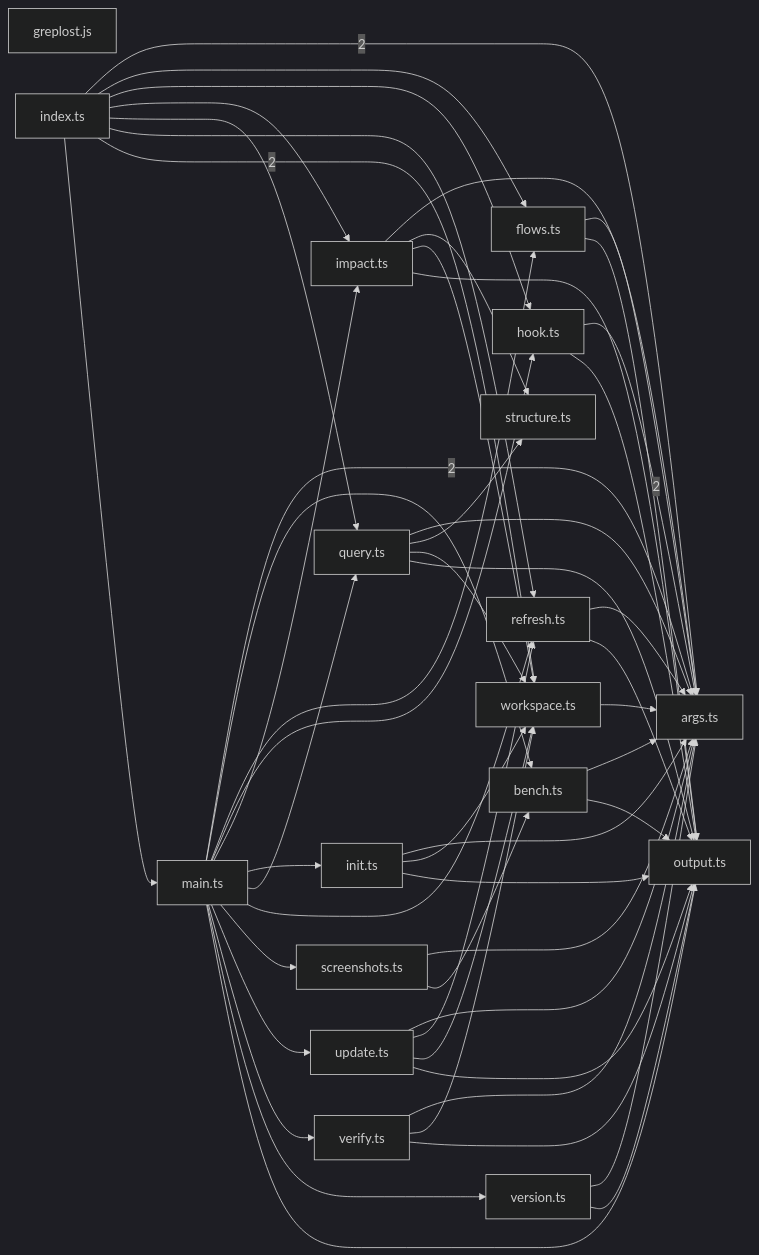
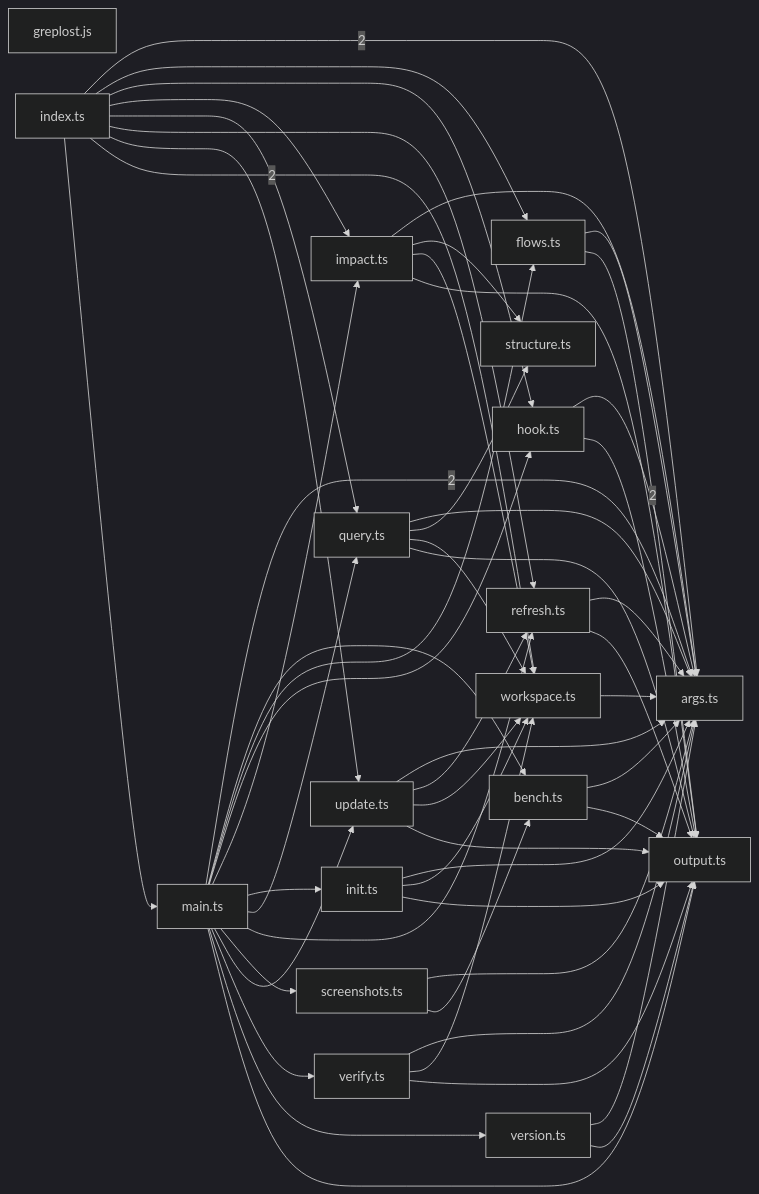
One commit to sns45/greplost changed the diagram in .greplost/packages/greplost/MAP.md. Above: the diagram before and after it, drawn with Mermaid (dark theme). The commit also changed other lines of this file and 97 other files, not shown here.

````diff
--- a/.greplost/packages/greplost/MAP.md
+++ b/.greplost/packages/greplost/MAP.md
@@ -58,73 +58,74 @@
 ```mermaid
 graph LR
   packages_cli_bin_greplost_js["greplost.js"]
   packages_cli_src_args_ts["args.ts"]
   packages_cli_src_commands_bench_ts["bench.ts"]
   packages_cli_src_commands_flows_ts["flows.ts"]
   packages_cli_src_commands_hook_ts["hook.ts"]
   packages_cli_src_commands_impact_ts["impact.ts"]
   packages_cli_src_commands_init_ts["init.ts"]
   packages_cli_src_commands_query_ts["query.ts"]
   packages_cli_src_commands_refresh_ts["refresh.ts"]
   packages_cli_src_commands_screenshots_ts["screenshots.ts"]
   packages_cli_src_commands_structure_ts["structure.ts"]
   packages_cli_src_commands_update_ts["update.ts"]
   packages_cli_src_commands_verify_ts["verify.ts"]
   packages_cli_src_commands_version_ts["version.ts"]
   packages_cli_src_commands_workspace_ts["workspace.ts"]
   packages_cli_src_index_ts["index.ts"]
   packages_cli_src_main_ts["main.ts"]
   packages_cli_src_output_ts["output.ts"]
   packages_cli_src_commands_bench_ts --> packages_cli_src_args_ts
   packages_cli_src_commands_bench_ts --> packages_cli_src_output_ts
   packages_cli_src_commands_flows_ts --> packages_cli_src_args_ts
   packages_cli_src_commands_flows_ts --> packages_cli_src_output_ts
   packages_cli_src_commands_hook_ts -->|2| packages_cli_src_args_ts
   packages_cli_src_commands_hook_ts --> packages_cli_src_output_ts
   packages_cli_src_commands_impact_ts --> packages_cli_src_args_ts
   packages_cli_src_commands_impact_ts --> packages_cli_src_commands_structure_ts
   packages_cli_src_commands_impact_ts --> packages_cli_src_commands_workspace_ts
   packages_cli_src_commands_impact_ts --> packages_cli_src_output_ts
   packages_cli_src_commands_init_ts --> packages_cli_src_args_ts
   packages_cli_src_commands_init_ts --> packages_cli_src_commands_workspace_ts
   packages_cli_src_commands_init_ts --> packages_cli_src_output_ts
   packages_cli_src_commands_query_ts --> packages_cli_src_args_ts
   packages_cli_src_commands_query_ts --> packages_cli_src_commands_structure_ts
   packages_cli_src_commands_query_ts --> packages_cli_src_commands_workspace_ts
   packages_cli_src_commands_query_ts --> packages_cli_src_output_ts
   packages_cli_src_commands_refresh_ts --> packages_cli_src_args_ts
   packages_cli_src_commands_refresh_ts --> packages_cli_src_output_ts
   packages_cli_src_commands_screenshots_ts --> packages_cli_src_args_ts
   packages_cli_src_commands_screenshots_ts --> packages_cli_src_commands_bench_ts
   packages_cli_src_commands_update_ts --> packages_cli_src_args_ts
   packages_cli_src_commands_update_ts --> packages_cli_src_commands_refresh_ts
   packages_cli_src_commands_update_ts --> packages_cli_src_commands_workspace_ts
   packages_cli_src_commands_update_ts --> packages_cli_src_output_ts
   packages_cli_src_commands_verify_ts --> packages_cli_src_args_ts
   packages_cli_src_commands_verify_ts --> packages_cli_src_commands_workspace_ts
   packages_cli_src_commands_verify_ts --> packages_cli_src_output_ts
   packages_cli_src_commands_version_ts --> packages_cli_src_args_ts
   packages_cli_src_commands_version_ts --> packages_cli_src_output_ts
   packages_cli_src_commands_workspace_ts --> packages_cli_src_args_ts
   packages_cli_src_index_ts -->|2| packages_cli_src_args_ts
   packages_cli_src_index_ts --> packages_cli_src_commands_flows_ts
   packages_cli_src_index_ts --> packages_cli_src_commands_hook_ts
   packages_cli_src_index_ts --> packages_cli_src_commands_impact_ts
   packages_cli_src_index_ts --> packages_cli_src_commands_query_ts
   packages_cli_src_index_ts --> packages_cli_src_commands_refresh_ts
+  packages_cli_src_index_ts --> packages_cli_src_commands_update_ts
   packages_cli_src_index_ts -->|2| packages_cli_src_commands_workspace_ts
   packages_cli_src_index_ts --> packages_cli_src_main_ts
   packages_cli_src_main_ts -->|2| packages_cli_src_args_ts
   packages_cli_src_main_ts --> packages_cli_src_commands_bench_ts
   packages_cli_src_main_ts --> packages_cli_src_commands_flows_ts
   packages_cli_src_main_ts --> packages_cli_src_commands_hook_ts
   packages_cli_src_main_ts --> packages_cli_src_commands_impact_ts
   packages_cli_src_main_ts --> packages_cli_src_commands_init_ts
   packages_cli_src_main_ts --> packages_cli_src_commands_query_ts
   packages_cli_src_main_ts --> packages_cli_src_commands_refresh_ts
   packages_cli_src_main_ts --> packages_cli_src_commands_screenshots_ts
   packages_cli_src_main_ts --> packages_cli_src_commands_update_ts
   packages_cli_src_main_ts --> packages_cli_src_commands_verify_ts
   packages_cli_src_main_ts --> packages_cli_src_commands_version_ts
   packages_cli_src_main_ts --> packages_cli_src_output_ts
 ```
````
